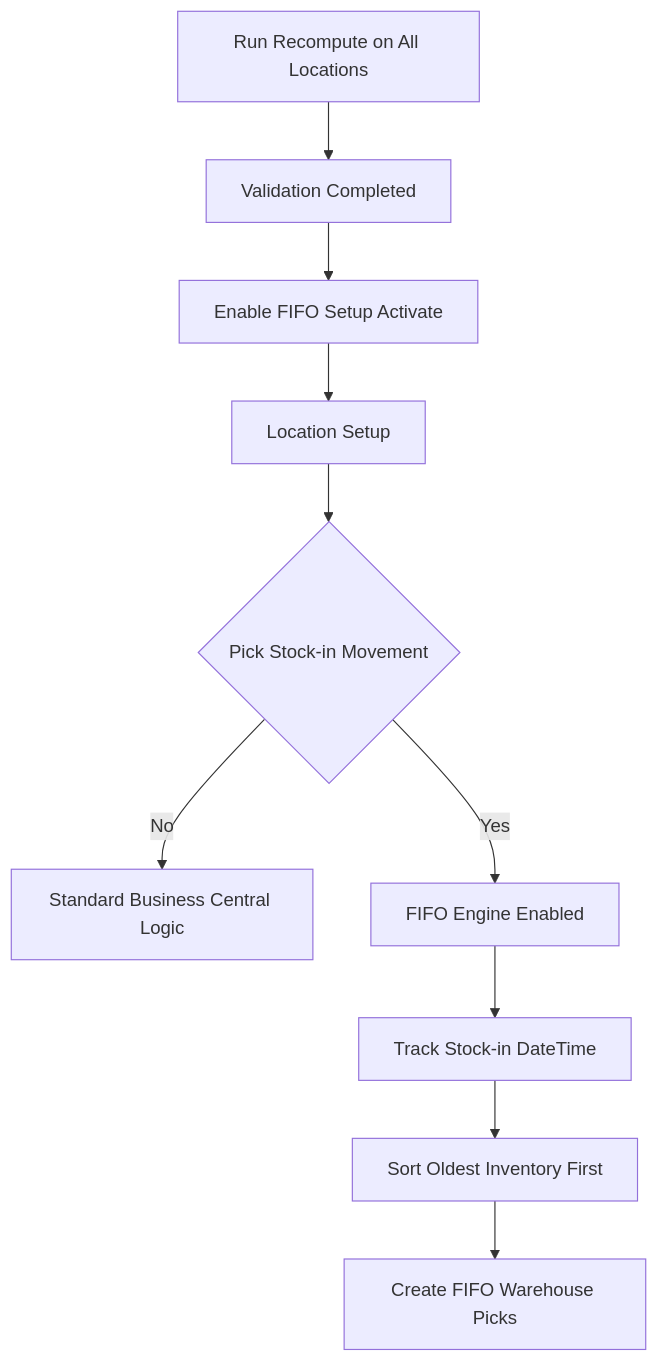
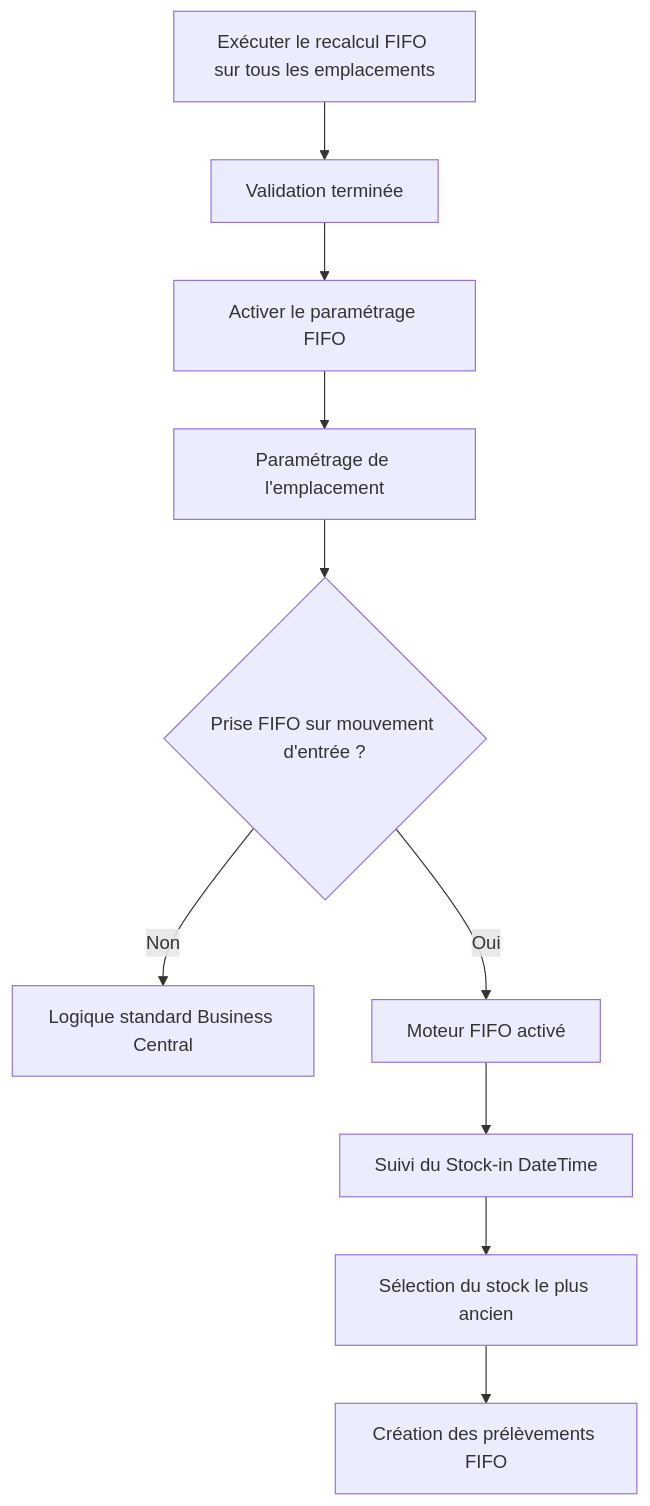
The diagram in docs/syntoralis-fifo-logistic/setup.md (Syntoralis/BCApps), drawn with Mermaid before and after one commit. The commit also changed other lines of this file and 4 other files, not shown here.

Commit message:
feat: update French documentation and add English versions for Syntoralis FIFO Logistic setup

````diff
--- a/docs/syntoralis-fifo-logistic/setup.md
+++ b/docs/syntoralis-fifo-logistic/setup.md
@@ -201,22 +205,22 @@
 ```mermaid
 flowchart TD
 
-A[Run Recompute on All Locations]
---> B[Validation Completed]
+A[Exécuter le recalcul FIFO sur tous les emplacements]
+--> B[Validation terminée]
 
-B --> C[Enable FIFO Setup Activate]
+B --> C[Activer le paramétrage FIFO]
 
-C --> D[Location Setup]
+C --> D[Paramétrage de l'emplacement]
 
-D --> E{Pick Stock-in Movement}
+D --> E{Prise FIFO sur mouvement d'entrée ?}
 
-E -->|No| F[Standard Business Central Logic]
+E -->|Non| F[Logique standard Business Central]
 
-E -->|Yes| G[FIFO Engine Enabled]
+E -->|Oui| G[Moteur FIFO activé]
 
-G --> H[Track Stock-in DateTime]
+G --> H[Suivi du Stock-in DateTime]
 
-H --> I[Sort Oldest Inventory First]
+H --> I[Sélection du stock le plus ancien]
 
-I --> J[Create FIFO Warehouse Picks]
+I --> J[Création des prélèvements FIFO]
 ```
````
